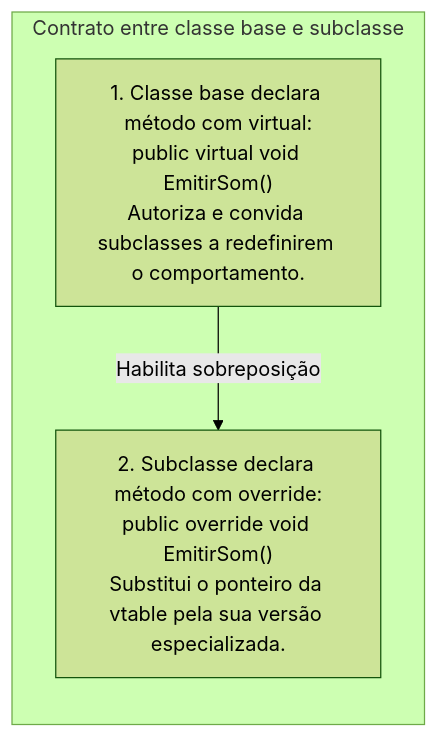
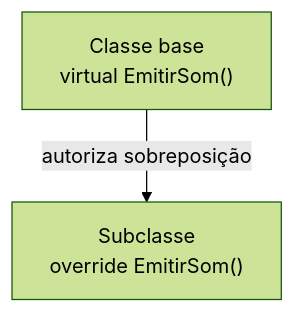
One commit to leorruas/puc changed the fifth of 9 diagrams in 01. Programacao Modular/17. Sobreposição de métodos (virtual e override).md. Above: the diagram before and after it, drawn with Mermaid (forest theme). The commit also changed other lines of this file, not shown here.

Commit message:
Normaliza diagramas Mermaid de polimorfismo e override

````diff
--- a/01. Programacao Modular/17. Sobreposição de métodos (virtual e override).md
+++ b/01. Programacao Modular/17. Sobreposição de métodos (virtual e override).md
@@ -241,12 +191,7 @@
 ```mermaid
 flowchart TD
-    subgraph MecanicaVirtualOverride ["Contrato entre classe base e subclasse"]
-        direction TB
+    Base["Classe base<br>virtual EmitirSom()"]:::core
+    Filha["Subclasse<br>override EmitirSom()"]:::component
 
-        Base["1. Classe base declara método com virtual:<br>public virtual void EmitirSom()<br>Autoriza e convida subclasses a redefinirem o comportamento."]
-
-        Filha["2. Subclasse declara método com override:<br>public override void EmitirSom()<br>Substitui o ponteiro da vtable pela sua versão especializada."]
-
-        Base -->|Habilita sobreposição| Filha
-    end
+    Base -->|"autoriza sobreposição"| Filha
 ```
````
